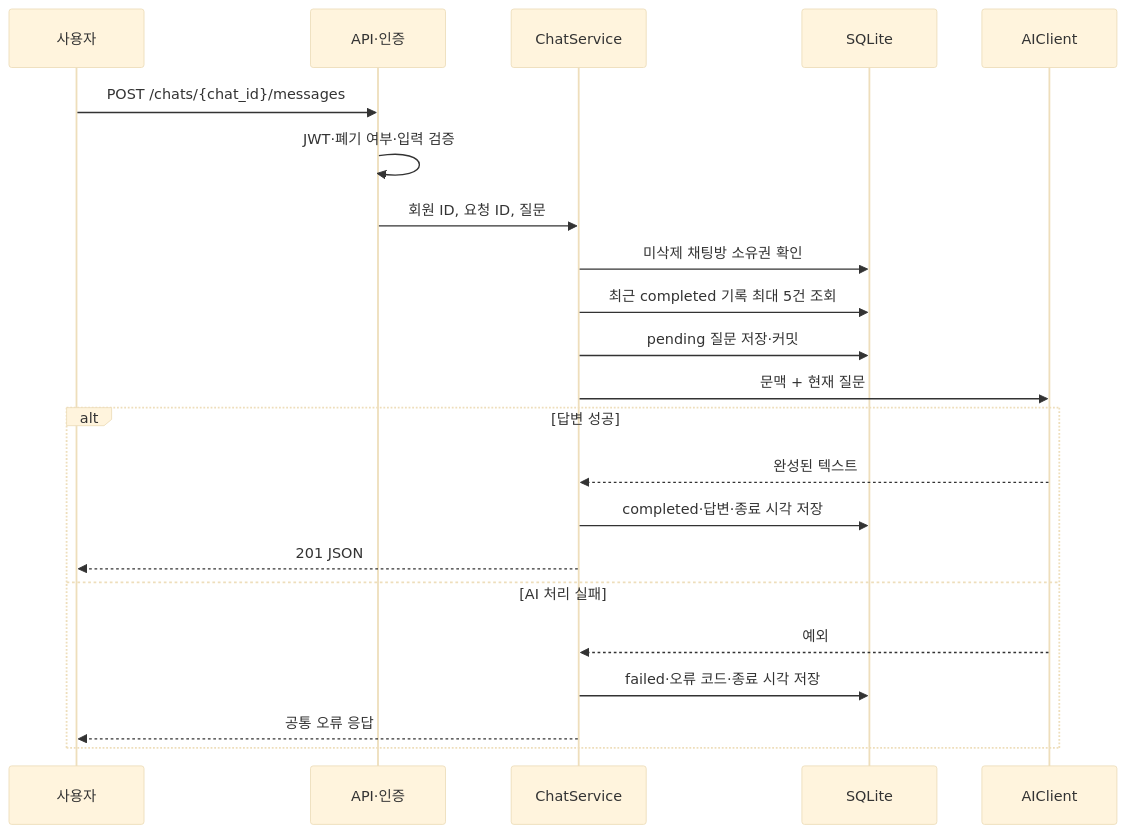
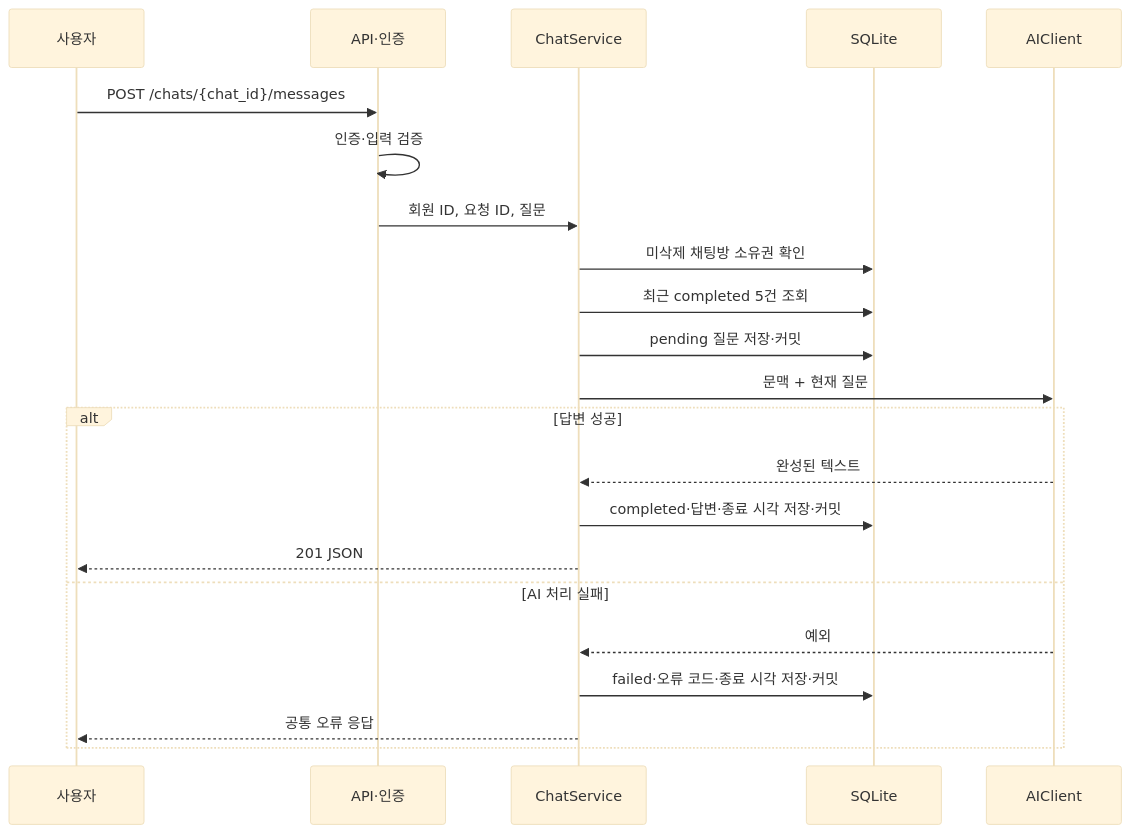
The diagram in docs/ARCHITECTURE.md (myy-dev/be-B7-1), drawn with Mermaid (base theme) before and after one commit. The commit also changed other lines of this file and 15 other files, not shown here.

````diff
--- a/docs/ARCHITECTURE.md
+++ b/docs/ARCHITECTURE.md
@@ -19,24 +30,24 @@
 ```mermaid
 sequenceDiagram
     participant U as 사용자
     participant API as API·인증
     participant S as ChatService
     participant DB as SQLite
     participant AI as AIClient
     U->>API: POST /chats/{chat_id}/messages
-    API->>API: JWT·폐기 여부·입력 검증
+    API->>API: 인증·입력 검증
     API->>S: 회원 ID, 요청 ID, 질문
     S->>DB: 미삭제 채팅방 소유권 확인
-    S->>DB: 최근 completed 기록 최대 5건 조회
+    S->>DB: 최근 completed 5건 조회
     S->>DB: pending 질문 저장·커밋
     S->>AI: 문맥 + 현재 질문
     alt 답변 성공
         AI-->>S: 완성된 텍스트
-        S->>DB: completed·답변·종료 시각 저장
+        S->>DB: completed·답변·종료 시각 저장·커밋
         S-->>U: 201 JSON
     else AI 처리 실패
         AI-->>S: 예외
-        S->>DB: failed·오류 코드·종료 시각 저장
+        S->>DB: failed·오류 코드·종료 시각 저장·커밋
         S-->>U: 공통 오류 응답
     end
 ```
````
